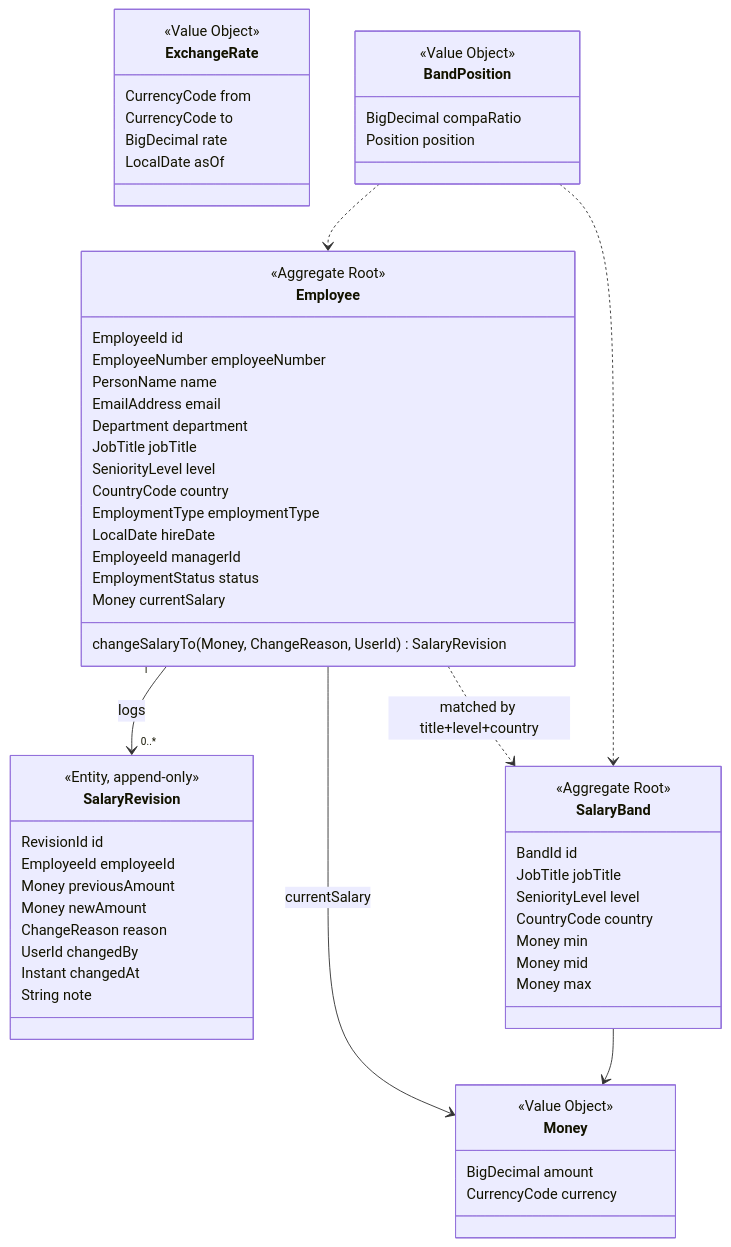
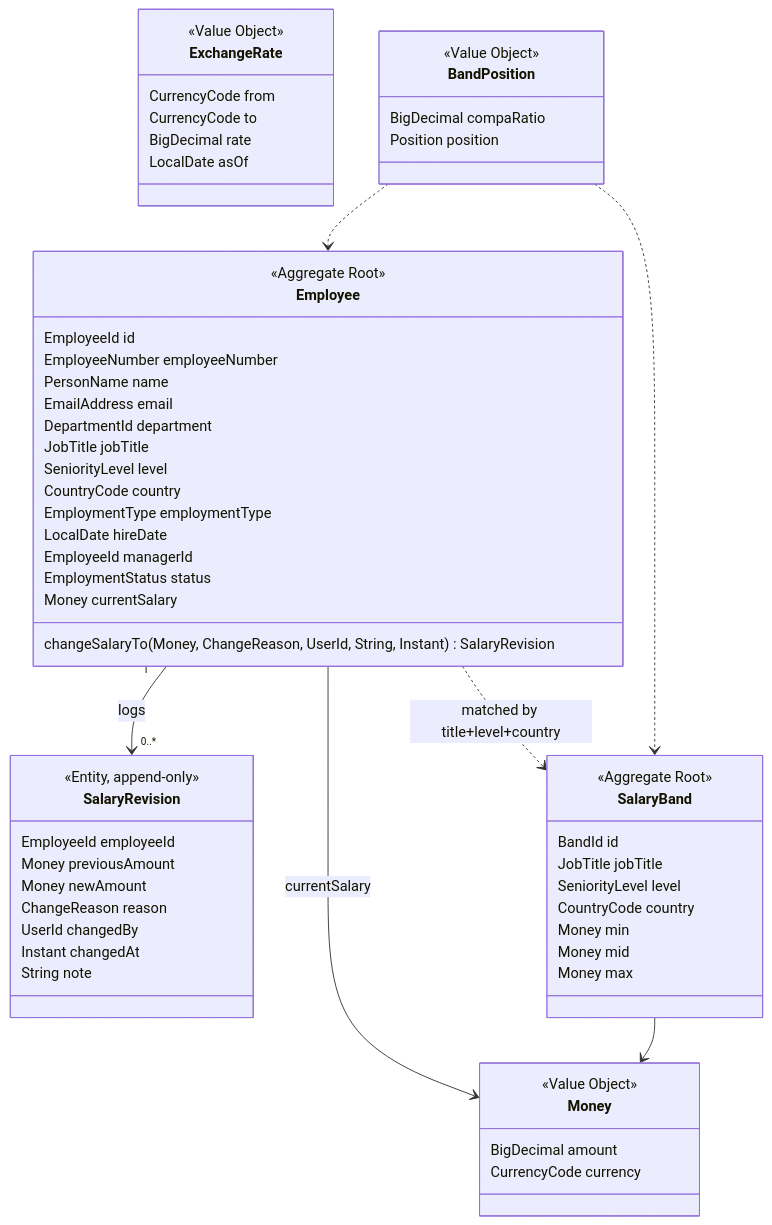
The diagram in docs/02-DOMAIN-MODEL.md (Ram-mane/Incubyte-Engineering-Assessment), drawn with Mermaid before and after one commit. The commit also changed 12 other files, not shown here.

````diff
--- a/docs/02-DOMAIN-MODEL.md
+++ b/docs/02-DOMAIN-MODEL.md
@@ -37,70 +37,69 @@
 ```mermaid
 classDiagram
     class Employee {
         <<Aggregate Root>>
         EmployeeId id
         EmployeeNumber employeeNumber
         PersonName name
         EmailAddress email
-        Department department
+        DepartmentId department
         JobTitle jobTitle
         SeniorityLevel level
         CountryCode country
         EmploymentType employmentType
         LocalDate hireDate
         EmployeeId managerId
         EmploymentStatus status
         Money currentSalary
-        changeSalaryTo(Money, ChangeReason, UserId) SalaryRevision
+        changeSalaryTo(Money, ChangeReason, UserId, String, Instant) SalaryRevision
     }
 
     class SalaryRevision {
         <<Entity, append-only>>
-        RevisionId id
         EmployeeId employeeId
         Money previousAmount
         Money newAmount
         ChangeReason reason
         UserId changedBy
         Instant changedAt
         String note
     }
 
     class SalaryBand {
         <<Aggregate Root>>
         BandId id
         JobTitle jobTitle
         SeniorityLevel level
         CountryCode country
         Money min
         Money mid
         Money max
     }
 
     class ExchangeRate {
         <<Value Object>>
         CurrencyCode from
         CurrencyCode to
         BigDecimal rate
         LocalDate asOf
     }
 
     class Money {
         <<Value Object>>
         BigDecimal amount
         CurrencyCode currency
     }
 
     class BandPosition {
         <<Value Object>>
         BigDecimal compaRatio
         Position position
     }
 
     Employee "1" --> "0..*" SalaryRevision : logs
     Employee --> Money : currentSalary
     SalaryBand --> Money
     Employee ..> SalaryBand : matched by title+level+country
     BandPosition ..> Employee
     BandPosition ..> SalaryBand
 ```
````
